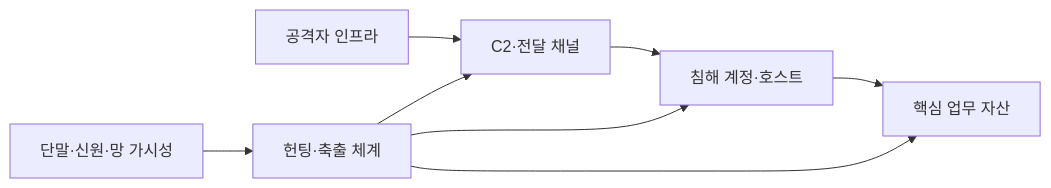
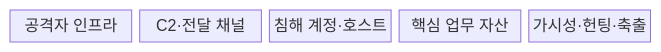
Before and after one commit to agnusdei1207/knowledge-base: the first of 2 diagrams in src/content/docs/notes/05-security/027_advanced_persistent_threat.md, drawn with Mermaid. The commit also changed other lines of this file and 11 other files, not shown here.

````diff
--- a/src/content/docs/notes/05-security/027_advanced_persistent_threat.md
+++ b/src/content/docs/notes/05-security/027_advanced_persistent_threat.md
@@ -59,10 +60,9 @@
 ```mermaid
-flowchart LR
-    A[공격자 인프라] --> B[C2·전달 채널]
-    B --> C[침해 계정·호스트]
-    C --> D[핵심 업무 자산]
-    E[단말·신원·망 가시성] --> F[헌팅·축출 체계]
-    F --> B
-    F --> C
-    F --> D
+block-beta
+    columns 5
+    A["공격자 인프라"]
+    B["C2·전달 채널"]
+    C["침해 계정·호스트"]
+    D["핵심 업무 자산"]
+    E["가시성·헌팅·축출"]
 ```
````
